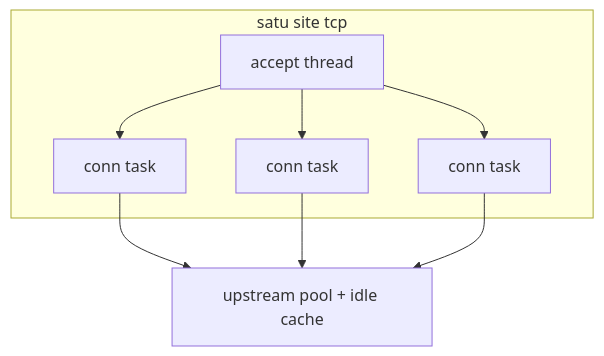
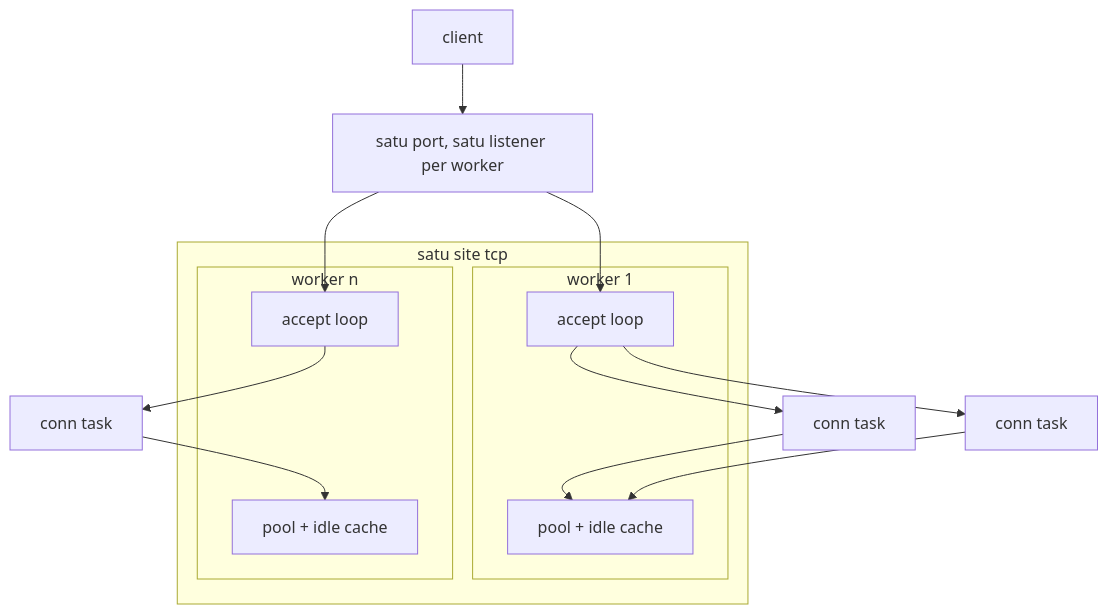
One commit to prothegee/zix changed the third of 4 diagrams in docs/zixer/hld-id.md. Above: the diagram before and after it, drawn with Mermaid. The commit also changed other lines of this file and 1 other file, not shown here.

Commit message:
document the per-worker site shape

````diff
--- a/docs/zixer/hld-id.md
+++ b/docs/zixer/hld-id.md
@@ -176,17 +178,21 @@
 ```mermaid
 flowchart TB
+    client[client] --> kernel[satu port, satu listener per worker]
+
     subgraph site [satu site tcp]
-        accept[accept thread]
-        t1[conn task]
-        t2[conn task]
-        tn[conn task]
+        subgraph w1 [worker 1]
+            a1[accept loop]
+            p1[pool + idle cache]
+        end
+        subgraph wn [worker n]
+            an[accept loop]
+            pn[pool + idle cache]
+        end
     end
-    pool[upstream pool + idle cache]
 
-    accept --> t1
-    accept --> t2
-    accept --> tn
-    t1 --> pool
-    t2 --> pool
-    tn --> pool
+    kernel --> a1
+    kernel --> an
+    a1 --> t1[conn task] --> p1
+    a1 --> t2[conn task] --> p1
+    an --> tn[conn task] --> pn
 ```
````
